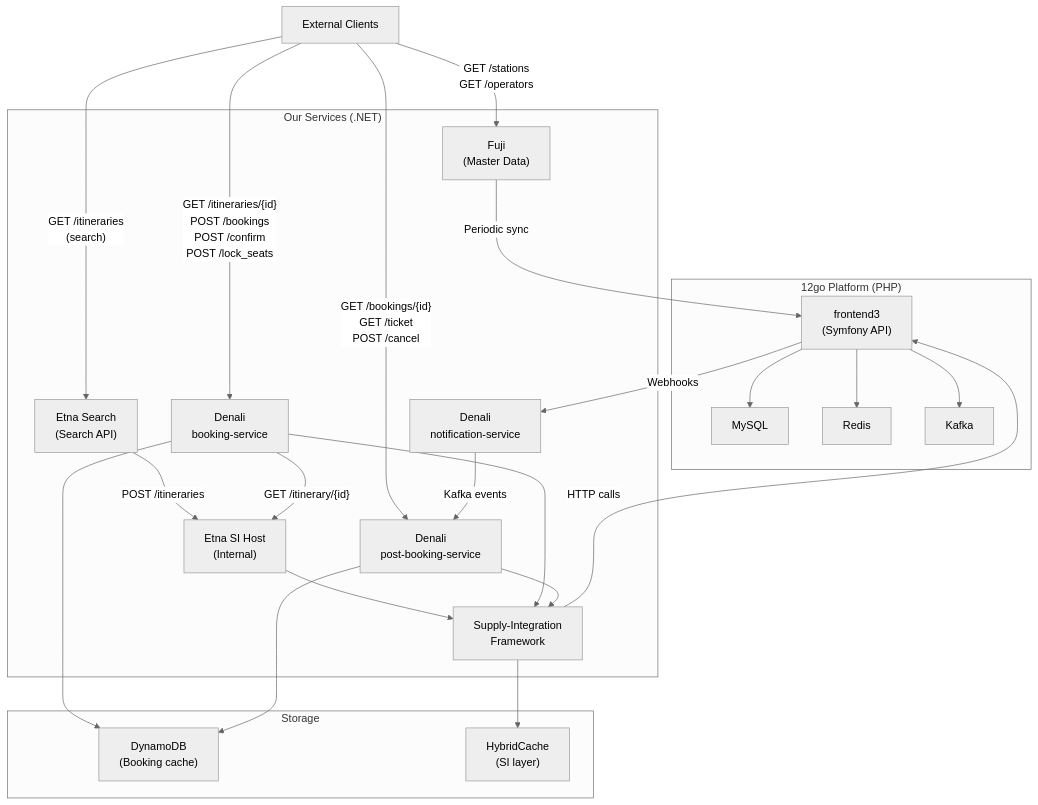
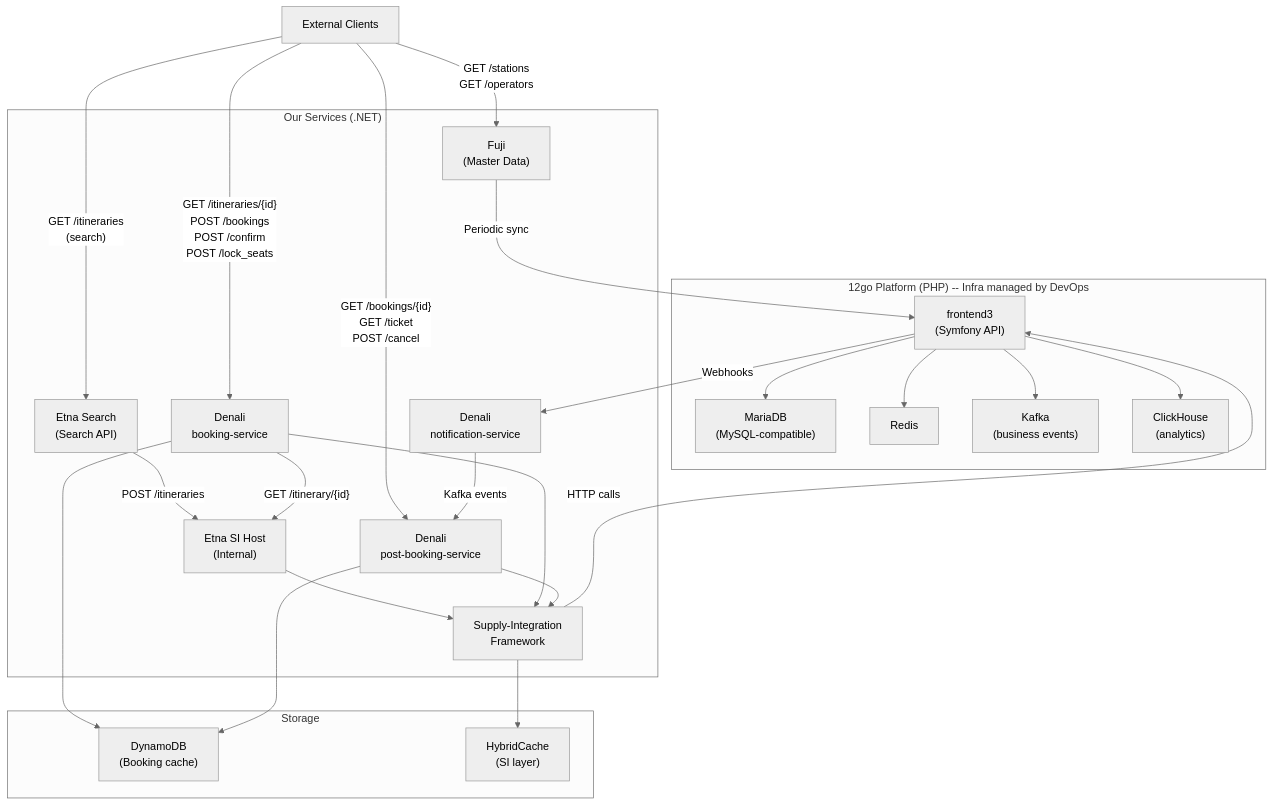
One commit to sosotravelier/tc-transition-to-12go changed the first of 5 diagrams in current-state/overview.md. Above: the diagram before and after it, drawn with Mermaid (neutral theme). The commit also changed other lines of this file and 34 other files, not shown here.

````diff
--- a/current-state/overview.md
+++ b/current-state/overview.md
@@ -23,51 +28,53 @@
 ```mermaid
 flowchart TD
     Client["External Clients"]
 
     subgraph OurServices ["Our Services (.NET)"]
         Fuji["Fuji\n(Master Data)"]
         EtnaSearch["Etna Search\n(Search API)"]
         EtnaSiHost["Etna SI Host\n(Internal)"]
         DenaliBooking["Denali\nbooking-service"]
         DenaliPostBooking["Denali\npost-booking-service"]
         DenaliNotifications["Denali\nnotification-service"]
         SIFramework["Supply-Integration\nFramework"]
     end
 
     subgraph Storage ["Storage"]
         DynamoDB["DynamoDB\n(Booking cache)"]
         HybridCache["HybridCache\n(SI layer)"]
     end
 
-    subgraph TwelveGo ["12go Platform (PHP)"]
+    subgraph TwelveGo ["12go Platform (PHP) -- Infra managed by DevOps"]
         Frontend3["frontend3\n(Symfony API)"]
-        MySQL["MySQL"]
+        MariaDB["MariaDB\n(MySQL-compatible)"]
         Redis["Redis"]
-        Kafka12go["Kafka"]
+        Kafka12go["Kafka\n(business events)"]
+        ClickHouse["ClickHouse\n(analytics)"]
     end
 
     Client -->|"GET /stations\nGET /operators"| Fuji
     Client -->|"GET /itineraries\n(search)"| EtnaSearch
     Client -->|"GET /itineraries/{id}\nPOST /bookings\nPOST /confirm\nPOST /lock_seats"| DenaliBooking
     Client -->|"GET /bookings/{id}\nGET /ticket\nPOST /cancel"| DenaliPostBooking
 
     EtnaSearch -->|"POST /itineraries"| EtnaSiHost
     DenaliBooking -->|"GET /itinerary/{id}"| EtnaSiHost
     EtnaSiHost --> SIFramework
     DenaliBooking --> SIFramework
     DenaliPostBooking --> SIFramework
     DenaliNotifications -->|"Kafka events"| DenaliPostBooking
 
     SIFramework -->|"HTTP calls"| Frontend3
     Fuji -->|"Periodic sync"| Frontend3
 
     DenaliBooking --> DynamoDB
     DenaliPostBooking --> DynamoDB
     SIFramework --> HybridCache
 
-    Frontend3 --> MySQL
+    Frontend3 --> MariaDB
     Frontend3 --> Redis
     Frontend3 --> Kafka12go
+    Frontend3 --> ClickHouse
 
     Frontend3 -->|"Webhooks"| DenaliNotifications
 ```
````
